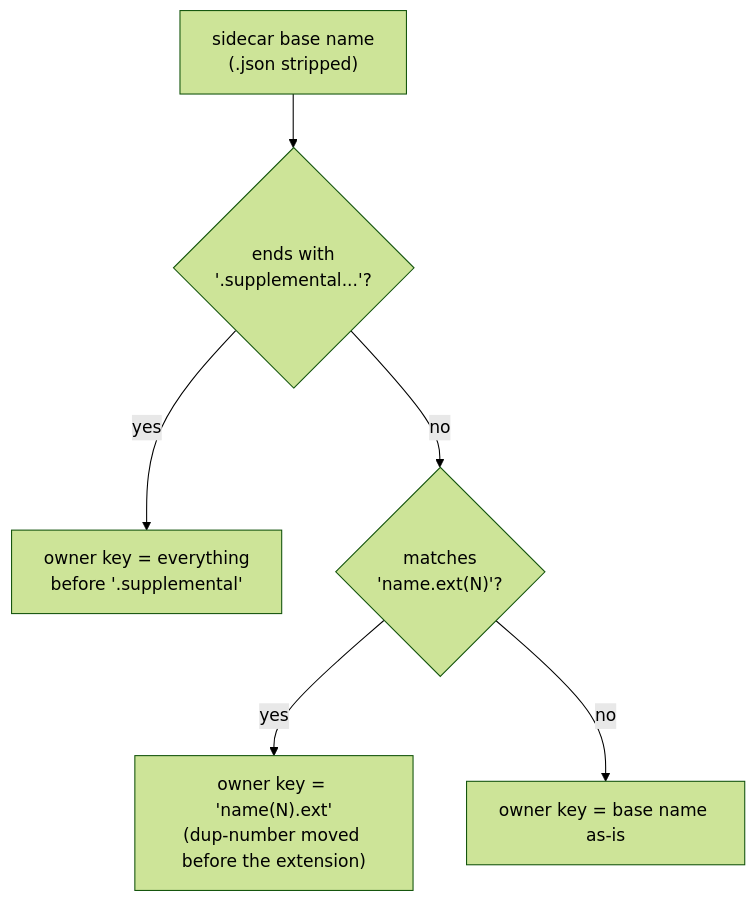
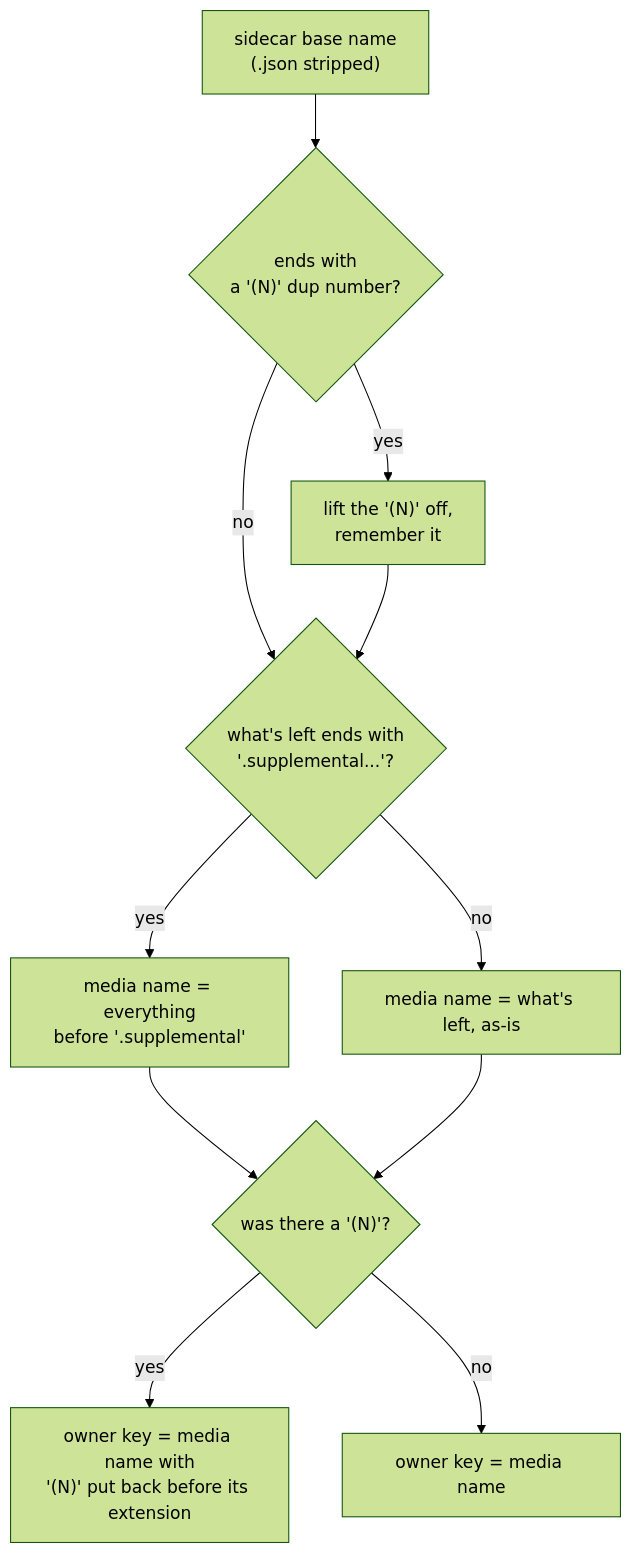
One commit to AdrianNachev91/sluice changed the first of 2 diagrams in app/docs/design/domain/scan/takeout-sidecar-pairing.md. Above: the diagram before and after it, drawn with Mermaid (forest theme). The commit also changed other lines of this file and 13 other files, not shown here.

````diff
--- a/app/docs/design/domain/scan/takeout-sidecar-pairing.md
+++ b/app/docs/design/domain/scan/takeout-sidecar-pairing.md
@@ -12,8 +12,13 @@
 ```mermaid
 flowchart TD
-    A["sidecar base name<br/>(.json stripped)"] --> B{"ends with<br/>'.supplemental...'?"}
-    B -- yes --> C["owner key = everything<br/>before '.supplemental'"]
-    B -- no --> D{"matches<br/>'name.ext(N)'?"}
-    D -- yes --> E["owner key = 'name(N).ext'<br/>(dup-number moved before the extension)"]
-    D -- no --> F["owner key = base name as-is"]
+    A["sidecar base name<br/>(.json stripped)"] --> B{"ends with<br/>a '(N)' dup number?"}
+    B -- yes --> C["lift the '(N)' off,<br/>remember it"]
+    B -- no --> D
+    C --> D{"what's left ends with<br/>'.supplemental...'?"}
+    D -- yes --> E["media name = everything<br/>before '.supplemental'"]
+    D -- no --> F["media name = what's left, as-is"]
+    E --> G{"was there a '(N)'?"}
+    F --> G
+    G -- yes --> H["owner key = media name with<br/>'(N)' put back before its extension"]
+    G -- no --> I["owner key = media name"]
 ```
````
